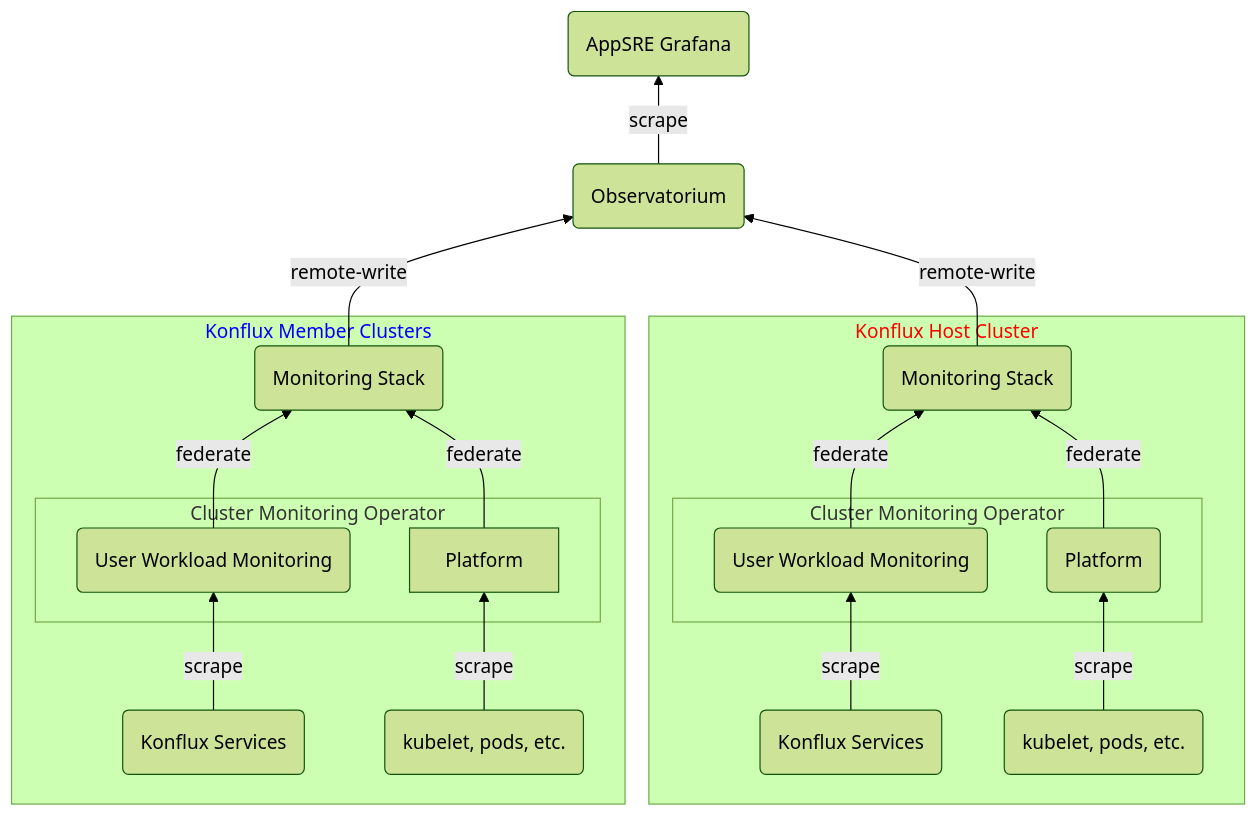
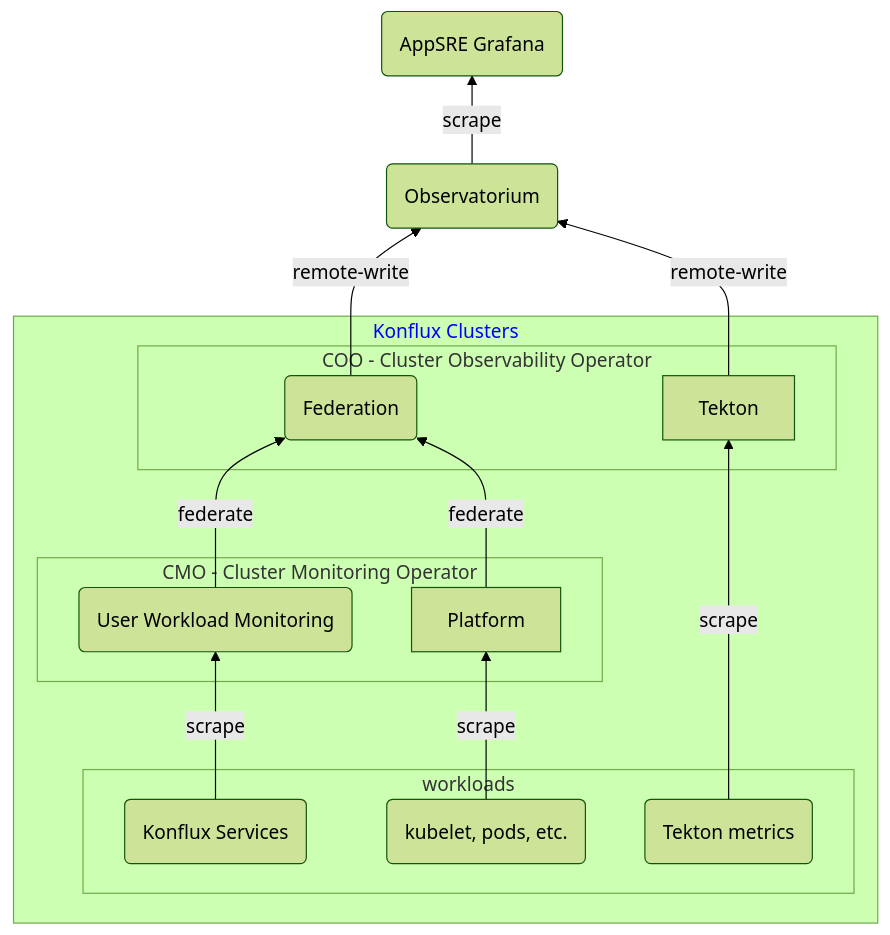
One commit to redhat-appstudio/infra-deployments changed the diagram in components/monitoring/prometheus/README.md. Above: the diagram before and after it, drawn with Mermaid. The commit also changed other lines of this file, not shown here.

````diff
--- a/components/monitoring/prometheus/README.md
+++ b/components/monitoring/prometheus/README.md
@@ -11,40 +11,31 @@
 ```mermaid
 %%{init: {'theme':'forest'}}%%
 flowchart BT
   services(Konflux Services) --> |scrape|UWM
   pods(kubelet, pods, etc.) --> |scrape|Platform
-  UWM(User Workload Monitoring) --> |federate| MS(Monitoring Stack)
-  Platform --> |federate|MS(Monitoring Stack)
-  MS --> |remote-write|rhobs(Observatorium)
-
-  services2(Konflux Services) --> |scrape|UWM2
-  pods2(kubelet, pods, etc.) --> |scrape|Platform2
-  UWM2(User Workload Monitoring) --> |federate| MS2(Monitoring Stack)
-  Platform2(Platform) --> |federate|MS2(Monitoring Stack)
-  MS2 --> |remote-write|rhobs(Observatorium)
+  UWM(User Workload Monitoring) --> |federate| Federation(Federation)
+  Platform --> |federate|Federation(Federation)
+  Federation --> |remote-write|rhobs(Observatorium)
+  tekton_metrics(Tekton metrics) --> |scrape|Tekton
+  Tekton --> |remote-write|rhobs(Observatorium)
 
   rhobs --> |scrape|grafana(AppSRE Grafana)
 
-  subgraph member[Konflux Member Clusters]
+  subgraph member[Konflux Clusters]
+    subgraph "workloads"
+    tekton_metrics
     services
     pods
-    subgraph "cmo member"[Cluster Monitoring Operator]
+    end
+    subgraph "coo"[COO - Cluster Observability Operator]
+      Federation
+      Tekton
+    end
+    subgraph "cmo"[CMO - Cluster Monitoring Operator]
       UWM
       Platform
     end
-    MS
-  end
-
-  subgraph host["Konflux Host Cluster"]
-    services2
-    pods2
-    subgraph "cmo host"[Cluster Monitoring Operator]
-      UWM2
-      Platform2
-    end
-    MS2
   end
 
   style member color:blue
-  style host color:red
 ```
````
